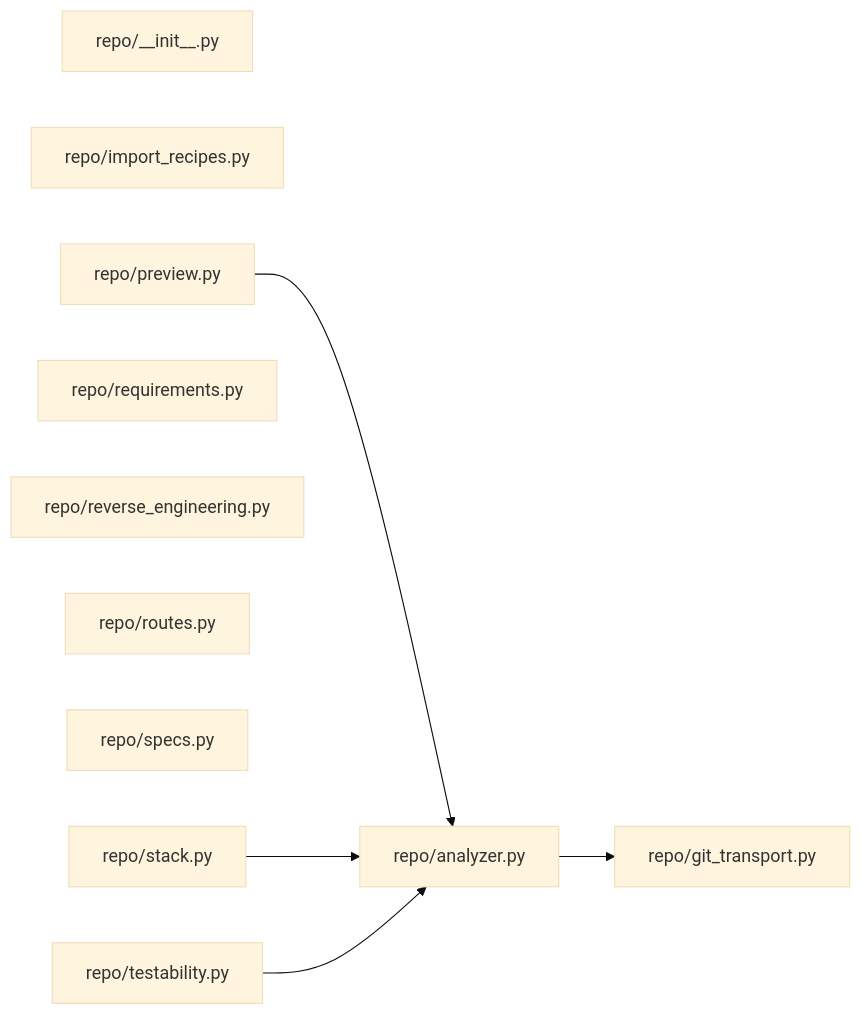
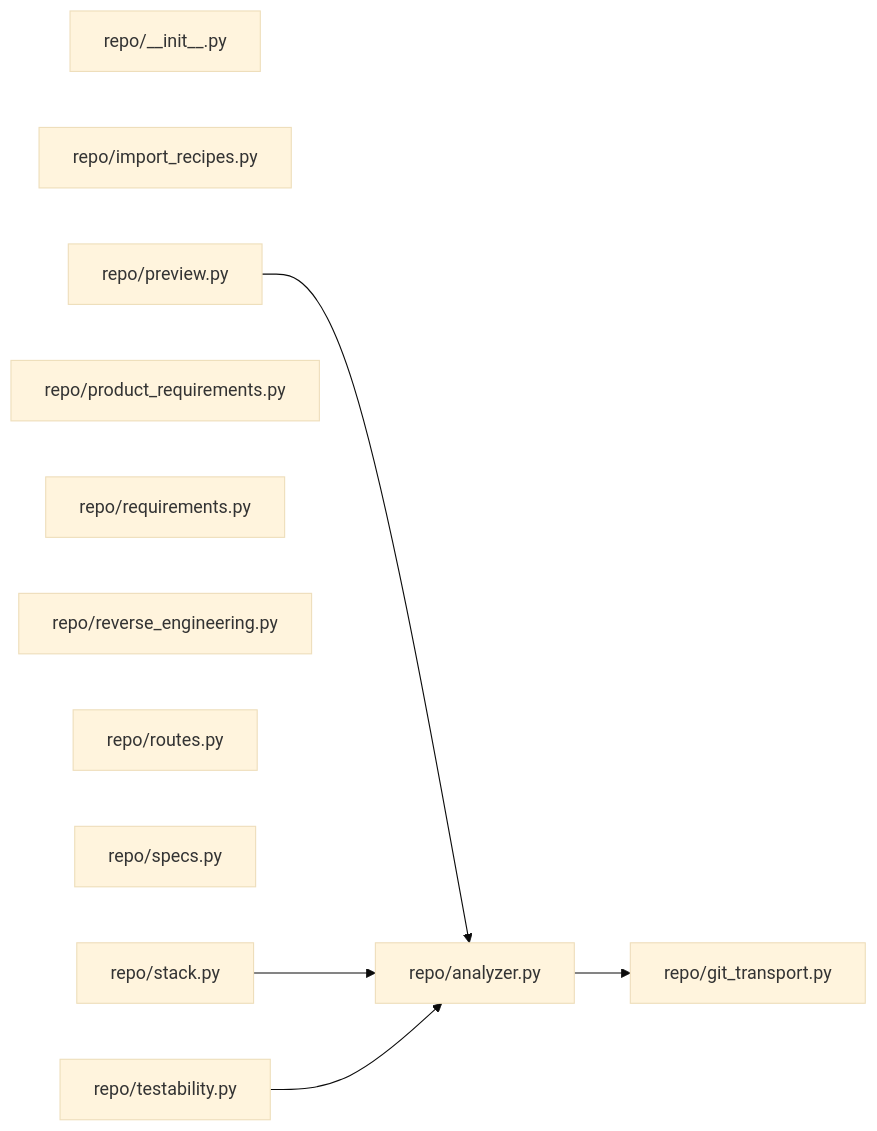
One commit to sarveshtalele/maf-harness-testing changed diagram 15 of 21 in docs/ARCHITECTURE_MAP.md. Above: the diagram before and after it, drawn with Mermaid (base theme). The commit also changed other lines of this file and 26 other files, not shown here.

````diff
--- a/docs/ARCHITECTURE_MAP.md
+++ b/docs/ARCHITECTURE_MAP.md
@@ -445,18 +447,19 @@
 ```mermaid
 flowchart LR
   f0["repo/__init__.py"]
   f1["repo/analyzer.py"]
   f2["repo/git_transport.py"]
   f3["repo/import_recipes.py"]
   f4["repo/preview.py"]
-  f5["repo/requirements.py"]
-  f6["repo/reverse_engineering.py"]
-  f7["repo/routes.py"]
-  f8["repo/specs.py"]
-  f9["repo/stack.py"]
-  f10["repo/testability.py"]
+  f5["repo/product_requirements.py"]
+  f6["repo/requirements.py"]
+  f7["repo/reverse_engineering.py"]
+  f8["repo/routes.py"]
+  f9["repo/specs.py"]
+  f10["repo/stack.py"]
+  f11["repo/testability.py"]
   f1 --> f2
   f4 --> f1
-  f9 --> f1
   f10 --> f1
+  f11 --> f1
 ```
````
